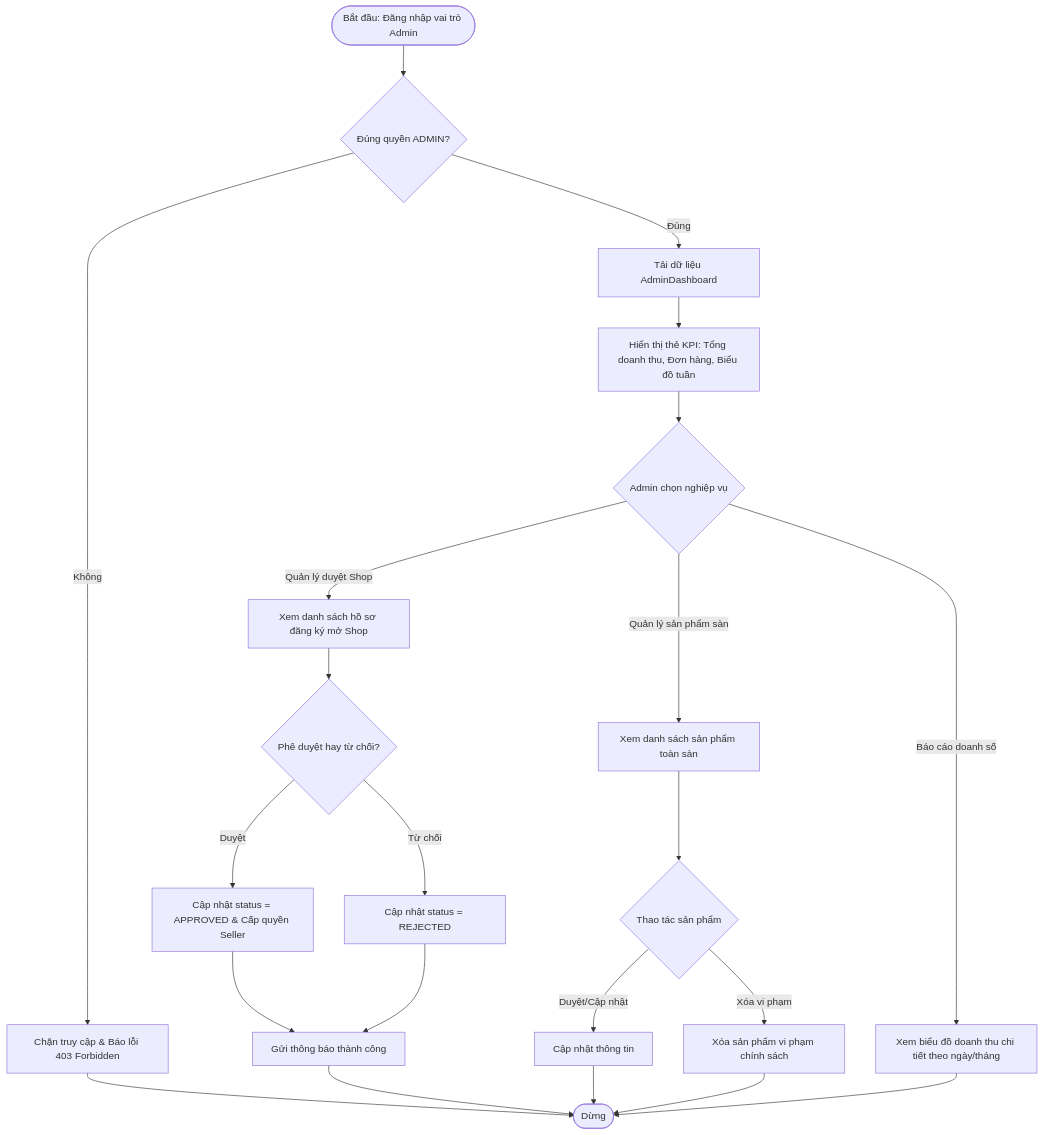
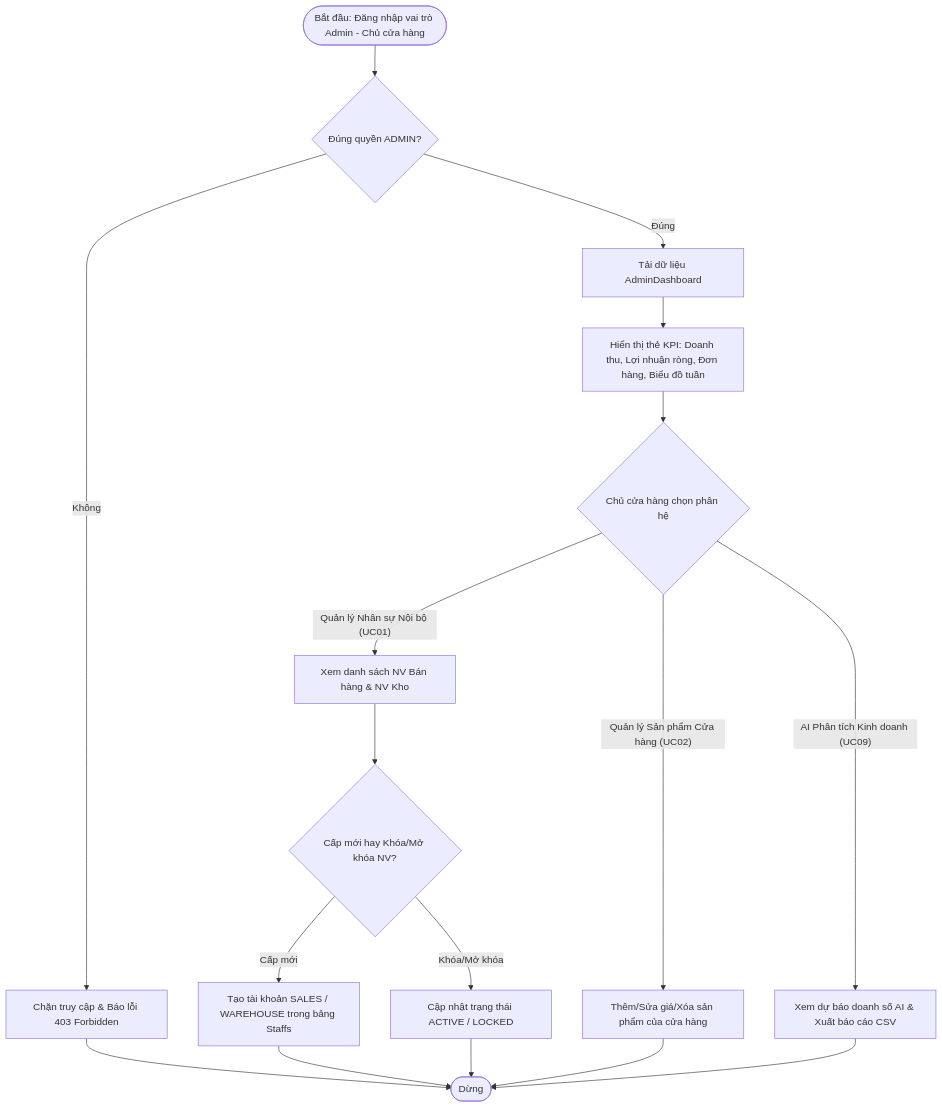
Diagram 18 of 20 in docs/SRS_SZSHOP_SPECIFICATION.md (Khanhack11/-ng-d-ng-AI), drawn with Mermaid before and after one commit. The commit also changed other lines of this file and 53 other files, not shown here.

````diff
--- a/docs/SRS_SZSHOP_SPECIFICATION.md
+++ b/docs/SRS_SZSHOP_SPECIFICATION.md
@@ -936,26 +927,23 @@
 ```mermaid
 flowchart TD
-    Start([Bắt đầu: Đăng nhập vai trò Admin]) --> CheckAdminAuth{Đúng quyền ADMIN?}
+    Start([Bắt đầu: Đăng nhập vai trò Admin - Chủ cửa hàng]) --> CheckAdminAuth{Đúng quyền ADMIN?}
     CheckAdminAuth -- Không --> BlockAccess[Chặn truy cập & Báo lỗi 403 Forbidden] --> End([Dừng])
     CheckAdminAuth -- Đúng --> LoadDashboard[Tải dữ liệu AdminDashboard]
     
-    LoadDashboard --> RenderKPI[Hiển thị thẻ KPI: Tổng doanh thu, Đơn hàng, Biểu đồ tuần]
-    RenderKPI --> AdminChoice{Admin chọn nghiệp vụ}
+    LoadDashboard --> RenderKPI[Hiển thị thẻ KPI: Doanh thu, Lợi nhuận ròng, Đơn hàng, Biểu đồ tuần]
+    RenderKPI --> AdminChoice{Chủ cửa hàng chọn phân hệ}
     
-    AdminChoice -- Quản lý duyệt Shop --> ViewPendingSellers[Xem danh sách hồ sơ đăng ký mở Shop]
-    ViewPendingSellers --> SellerDecision{Phê duyệt hay từ chối?}
-    SellerDecision -- Duyệt --> ApproveShop[Cập nhật status = APPROVED & Cấp quyền Seller] --> NoticeSeller[Gửi thông báo thành công]
-    SellerDecision -- Từ chối --> RejectShop[Cập nhật status = REJECTED] --> NoticeSeller
+    AdminChoice -- Quản lý Nhân sự Nội bộ (UC01) --> ViewStaffList[Xem danh sách NV Bán hàng & NV Kho]
+    ViewStaffList --> StaffAction{Cấp mới hay Khóa/Mở khóa NV?}
+    StaffAction -- Cấp mới --> CreateStaff[Tạo tài khoản SALES / WAREHOUSE trong bảng Staffs]
+    StaffAction -- Khóa/Mở khóa --> ToggleStaff[Cập nhật trạng thái ACTIVE / LOCKED]
     
-    AdminChoice -- Quản lý sản phẩm sàn --> ViewAllProducts[Xem danh sách sản phẩm toàn sàn]
-    ViewAllProducts --> ModAction{Thao tác sản phẩm}
-    ModAction -- Duyệt/Cập nhật --> UpdateProd[Cập nhật thông tin]
-    ModAction -- Xóa vi phạm --> DelProd[Xóa sản phẩm vi phạm chính sách]
+    AdminChoice -- Quản lý Sản phẩm Cửa hàng (UC02) --> ViewAllProducts[Thêm/Sửa giá/Xóa sản phẩm của cửa hàng]
     
-    AdminChoice -- Báo cáo doanh số --> ViewFinanceReport[Xem biểu đồ doanh thu chi tiết theo ngày/tháng]
+    AdminChoice -- AI Phân tích Kinh doanh (UC09) --> ViewFinanceReport[Xem dự báo doanh số AI & Xuất báo cáo CSV]
     
-    NoticeSeller --> End
-    UpdateProd --> End
-    DelProd --> End
+    CreateStaff --> End
+    ToggleStaff --> End
+    ViewAllProducts --> End
     ViewFinanceReport --> End
 ```
````
